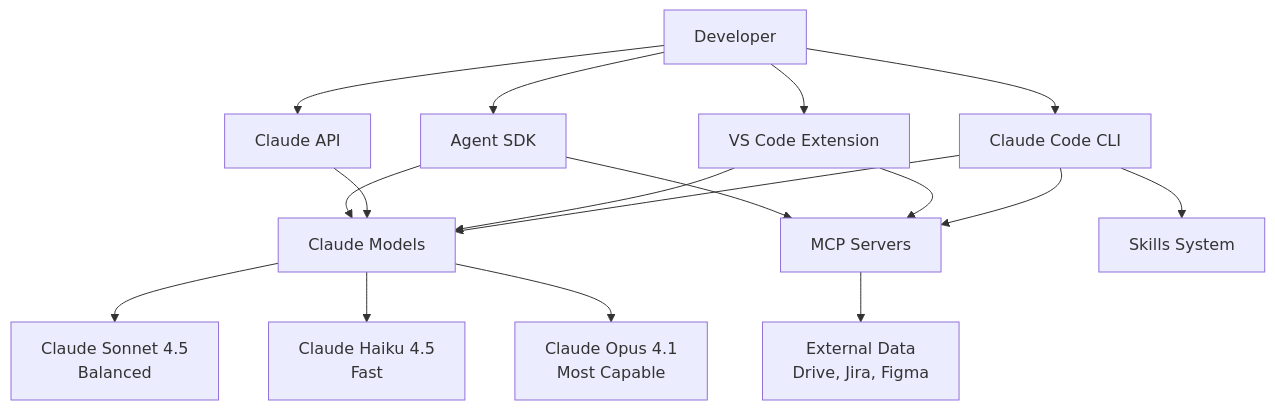
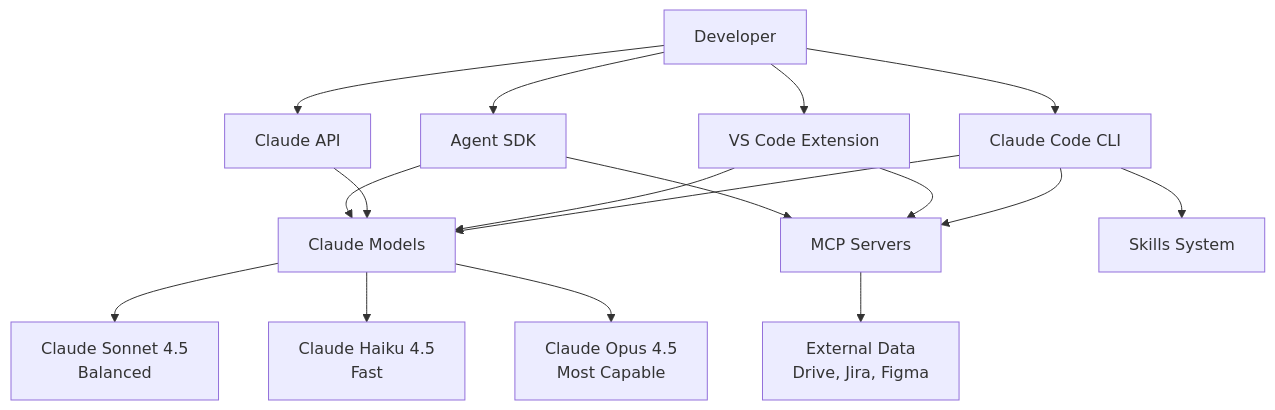
One commit to slava-kudzinau/cc-guide changed the first of 4 diagrams in docs/01-fundamentals-core-concepts/01-mental-models.md. Above: the diagram before and after it, drawn with Mermaid. The commit also changed other lines of this file and 12 other files, not shown here.

````diff
--- a/docs/01-fundamentals-core-concepts/01-mental-models.md
+++ b/docs/01-fundamentals-core-concepts/01-mental-models.md
@@ -13,24 +13,24 @@
 ```mermaid
 graph TD
     User[Developer] --> CLI[Claude Code CLI]
     User --> VSCode[VS Code Extension]
     User --> API[Claude API]
     User --> SDK[Agent SDK]
     
     CLI --> Models[Claude Models]
     VSCode --> Models
     API --> Models
     SDK --> Models
     
     Models --> Sonnet45[Claude Sonnet 4.5<br/>Balanced]
     Models --> Haiku45[Claude Haiku 4.5<br/>Fast]
-    Models --> Opus4[Claude Opus 4.1<br/>Most Capable]
+    Models --> Opus45[Claude Opus 4.5<br/>Most Capable]
     
     CLI --> MCP[MCP Servers]
     VSCode --> MCP
     SDK --> MCP
     
     CLI --> Skills[Skills System]
     
     MCP --> External[External Data<br/>Drive, Jira, Figma]
 ```
````
